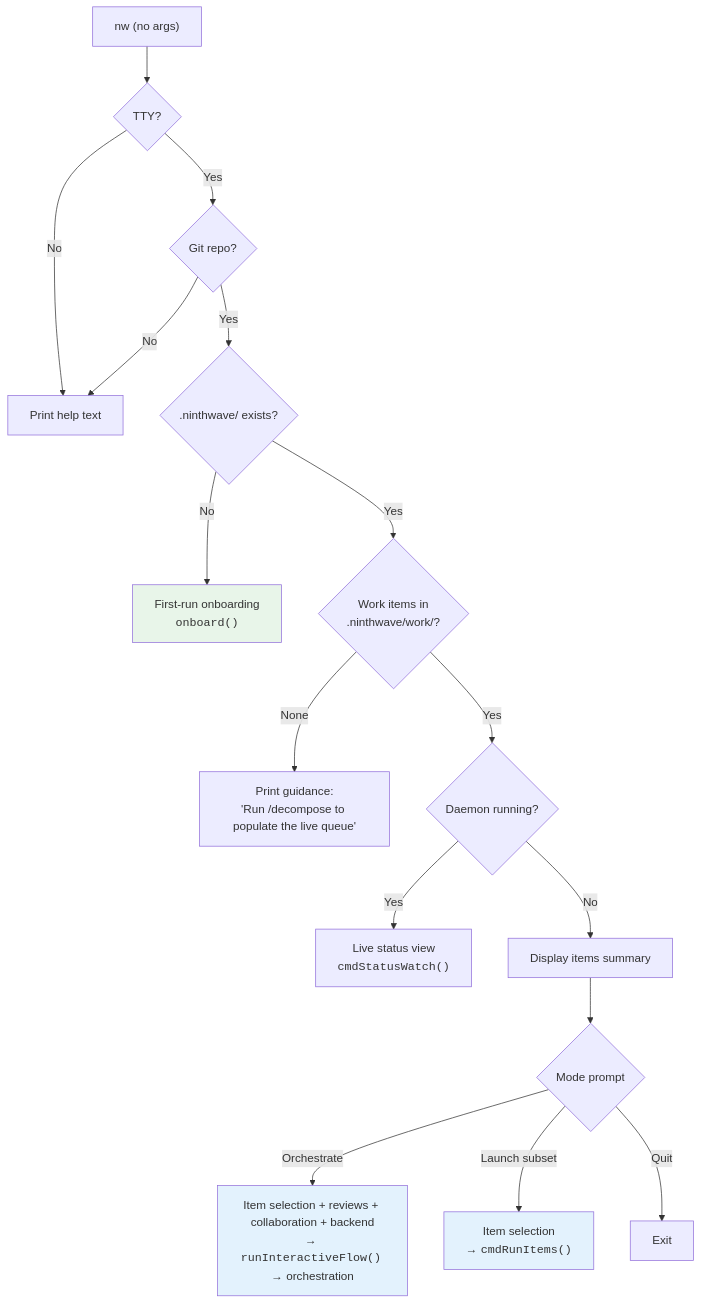
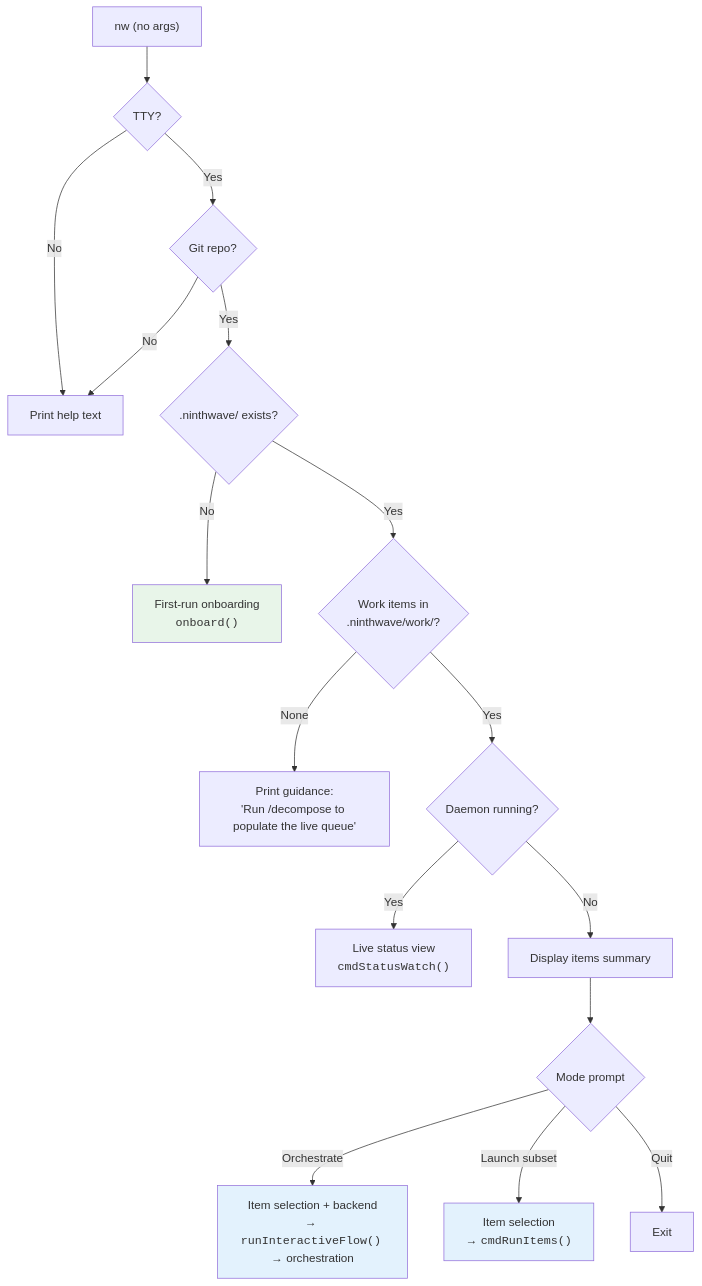
The first of 4 diagrams in docs/onboarding.md (ninthwave-sh/ninthwave), drawn with Mermaid before and after one commit. The commit also changed other lines of this file and 18 other files, not shown here.

````diff
--- a/docs/onboarding.md
+++ b/docs/onboarding.md
@@ -27,22 +27,22 @@
 ```mermaid
 flowchart TD
     A["nw (no args)"] --> B{TTY?}
     B -->|No| C[Print help text]
     B -->|Yes| D{Git repo?}
     D -->|No| C
     D -->|Yes| E{".ninthwave/ exists?"}
     E -->|No| F["First-run onboarding<br/><code>onboard()</code>"]
     E -->|Yes| G{Work items in<br/>.ninthwave/work/?}
     G -->|None| H["Print guidance:<br/>'Run /decompose to populate the live queue'"]
     G -->|Yes| I{Daemon running?}
     I -->|Yes| J["Live status view<br/><code>cmdStatusWatch()</code>"]
     I -->|No| K[Display items summary]
     K --> L{Mode prompt}
-    L -->|Orchestrate| M["Item selection + reviews + collaboration + backend<br/>→ <code>runInteractiveFlow()</code> → orchestration"]
+    L -->|Orchestrate| M["Item selection + backend<br/>→ <code>runInteractiveFlow()</code> → orchestration"]
     L -->|Launch subset| N["Item selection<br/>→ <code>cmdRunItems()</code>"]
     L -->|Quit| O[Exit]
 
     style F fill:#e8f5e9
     style M fill:#e3f2fd
     style N fill:#e3f2fd
 ```
````
